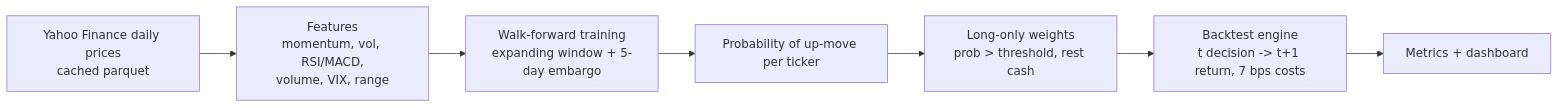
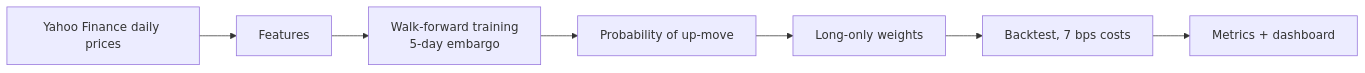
Before and after one commit to damiangohrh123/trading-machine-learning: the diagram in README.md, drawn with Mermaid. The commit also changed other lines of this file, not shown here.

````diff
--- a/README.md
+++ b/README.md
@@ -20,9 +16,9 @@
 ```mermaid
 flowchart LR
-    A[Yahoo Finance daily prices<br/>cached parquet] --> B[Features<br/>momentum, vol, RSI/MACD,<br/>volume, VIX, range]
-    B --> C[Walk-forward training<br/>expanding window + 5-day embargo]
-    C --> D[Probability of up-move per ticker]
-    D --> E[Long-only weights<br/>prob > threshold, rest cash]
-    E --> F[Backtest engine<br/>t decision -> t+1 return, 7 bps costs]
+    A[Yahoo Finance daily prices] --> B[Features]
+    B --> C[Walk-forward training<br/>5-day embargo]
+    C --> D[Probability of up-move]
+    D --> E[Long-only weights]
+    E --> F[Backtest, 7 bps costs]
     F --> G[Metrics + dashboard]
 ```
````
